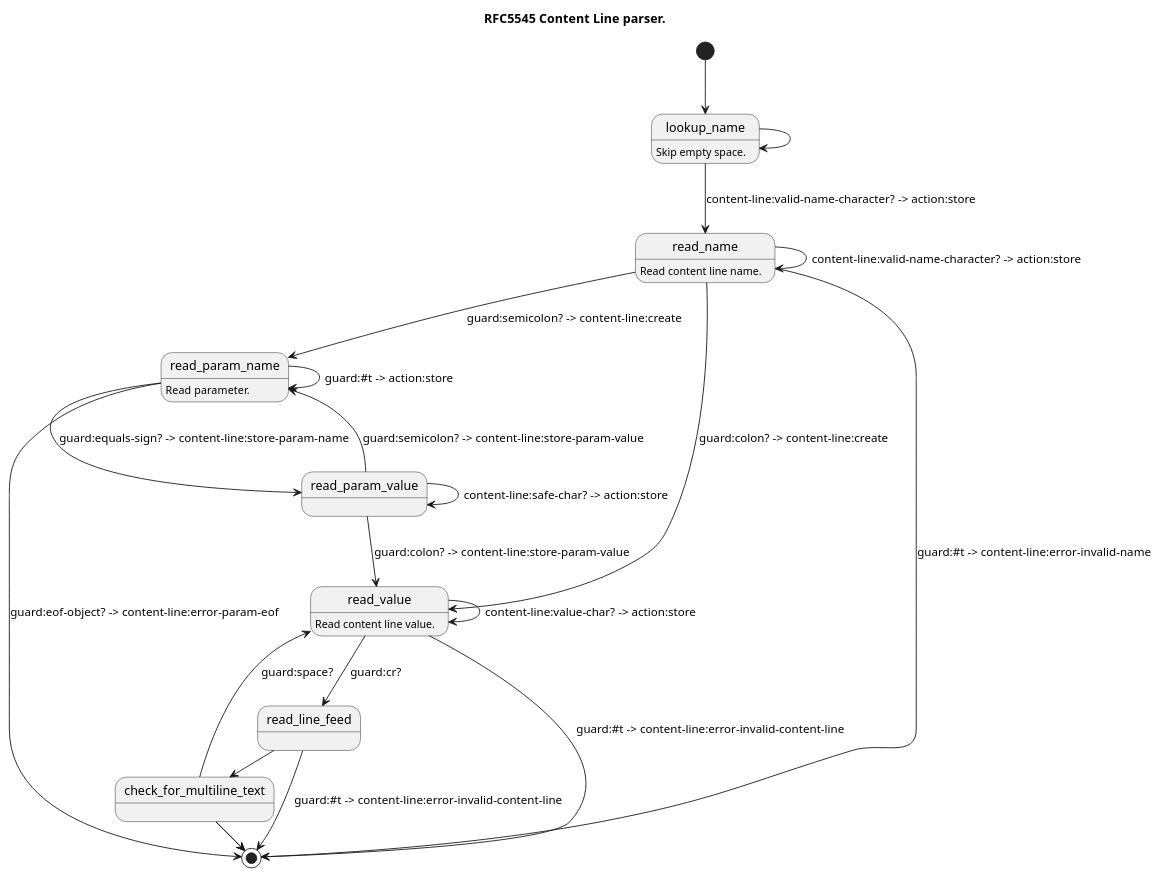
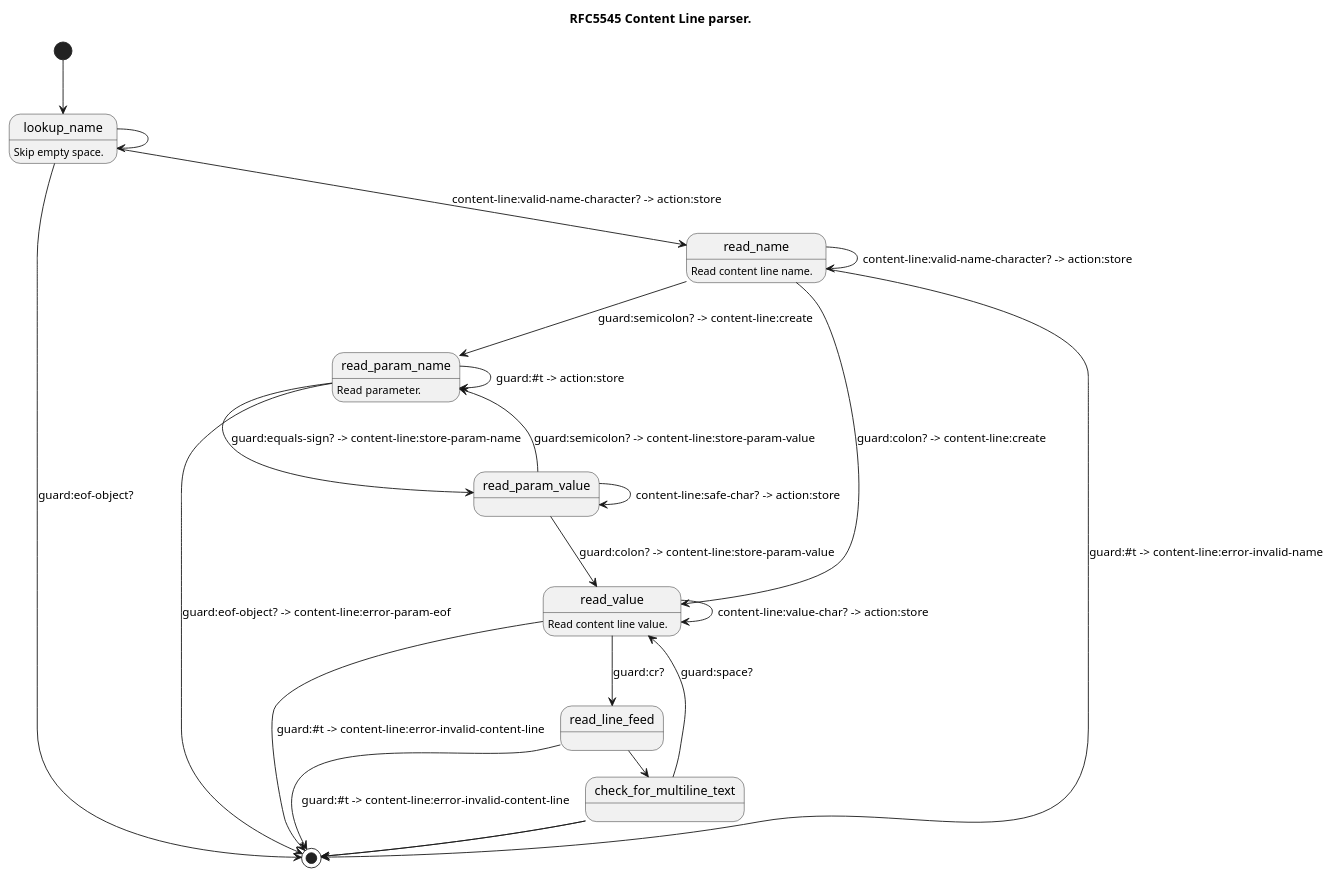
The diagram in modules/ics/fsm/content-line-parser.puml (artyom-poptsov/guile-ics), drawn with PlantUML before and after one commit. The commit also changed 2 other files, not shown here.

Commit message:
content-line-parser.puml: Handle immediate EOF
* modules/ics/fsm/content-line-parser.puml: Handle immediate EOF.
* modules/ics/fsm/content-line-parser-context.scm (content-line-context-eof?):
  New procedure.
* tests/content-line-parser.scm: Add new tests.

```diff
--- a/modules/ics/fsm/content-line-parser.puml
+++ b/modules/ics/fsm/content-line-parser.puml
@@ -1,75 +1,76 @@
 @startuml
 title RFC5545 Content Line parser.
 
 ' ---------------------------------------------------------------------------
 ' Content Line ABNF:
 '   contentline   = name *(";" param ) ":" value CRLF
 '
 ' <https://datatracker.ietf.org/doc/html/rfc5545#section-3.1>
 
 [*] --> lookup_name
 
 ' ---------------------------------------------------------------------------
 ' name          = iana-token / x-name
 ' iana-token    = 1*(ALPHA / DIGIT / "-")
 '   ; iCalendar identifier registered with IANA
 '
 ' x-name        = "X-" [vendorid "-"] 1*(ALPHA / DIGIT / "-")
 '   ; Reserved for experimental use.
 ' vendorid      = 3*(ALPHA / DIGIT)
 '   ; Vendor identification
 
 lookup_name: Skip empty space.
+lookup_name --> [*]: guard:eof-object?
 lookup_name --> read_name: content-line:valid-name-character? -> action:store
 lookup_name ->  lookup_name
 
 read_name: Read content line name.
 read_name --> read_param_name: guard:semicolon? -> content-line:create
 read_name --> read_value:      guard:colon? -> content-line:create
 read_name --> read_name:       content-line:valid-name-character? -> action:store
 read_name --> [*]:             guard:#t -> content-line:error-invalid-name
 
 ' ---------------------------------------------------------------------------
 ' param         = param-name "=" param-value *("," param-value)
 ' param-name    = iana-token / x-name
 
 read_param_name: Read parameter.
 read_param_name --> read_param_value: guard:equals-sign? -> content-line:store-param-name
 read_param_name --> [*]:              guard:eof-object? -> content-line:error-param-eof
 read_param_name ->  read_param_name:  guard:#t -> action:store
 
 ' ---------------------------------------------------------------------------
 ' param-value   = paramtext / quoted-string
 ' paramtext     = *SAFE-CHAR
 ' quoted-string = DQUOTE *QSAFE-CHAR DQUOTE
 ' SAFE-CHAR     = WSP / %x21 / %x23-2B / %x2D-39 / %x3C-7E
 '                   / NON-US-ASCII
 ' QSAFE-CHAR    = WSP / %x21 / %x23-7E / NON-US-ASCII
 '   ; Any character except CONTROL and DQUOTE
 
 read_param_value --> read_param_name:  guard:semicolon? -> content-line:store-param-value
 read_param_value --> read_value:       guard:colon? -> content-line:store-param-value
 read_param_value ->  read_param_value: content-line:safe-char? -> action:store
 
 ' ---------------------------------------------------------------------------
 ' VALUE-CHAR    = WSP / %x21-7E / NON-US-ASCII
 '   ; Any textual characters
 ' NON-US-ASCII  = UTF8-2 / UTF8-3 / UTF8-4
 '   ; UTF8-2, UTF8-3, and UTF8-4 are defined in [RFC3629]
 '
 ' CONTROL       = %x00-08 / %x0A-1F / %x7F
 '   ; All the controls except HTAB
 
 read_value: Read content line value.
 read_value --> read_line_feed: guard:cr?
 read_value ->  read_value:     content-line:value-char? -> action:store
 read_value --> [*]:            guard:#t -> content-line:error-invalid-content-line
 
 read_line_feed ->  check_for_multiline_text: guard:lf?
 read_line_feed --> [*]: guard:#t -> content-line:error-invalid-content-line
 
 check_for_multiline_text -> [*]: guard:eof-object? -> content-line:store-value
 check_for_multiline_text -> read_value: guard:space?
 check_for_multiline_text -> [*]: guard:#t -> content-line:store-value/unget-char
 
 @enduml
```
